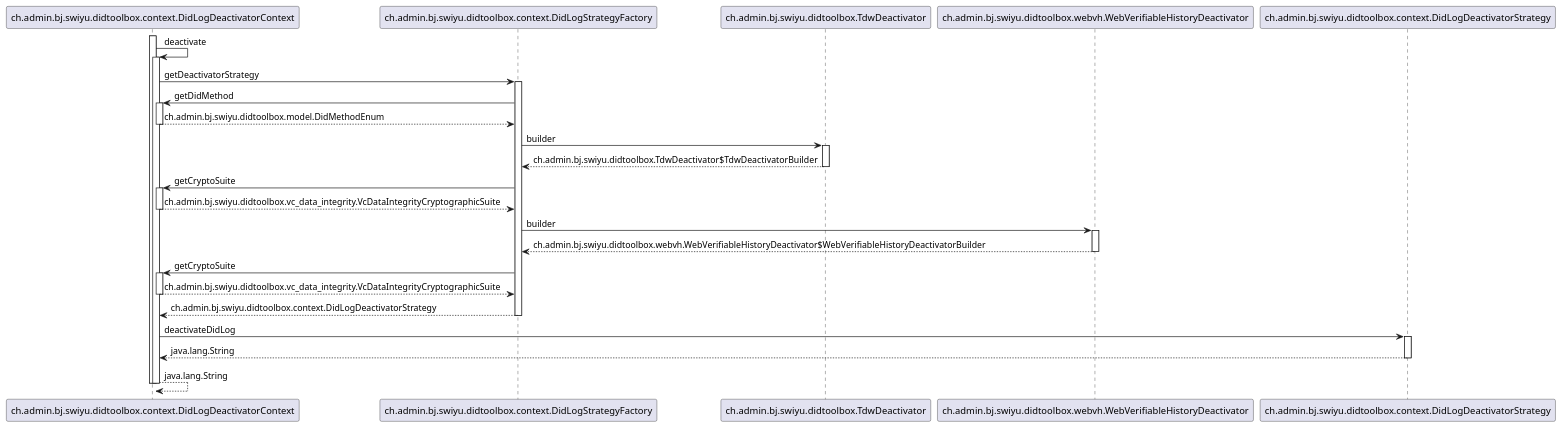
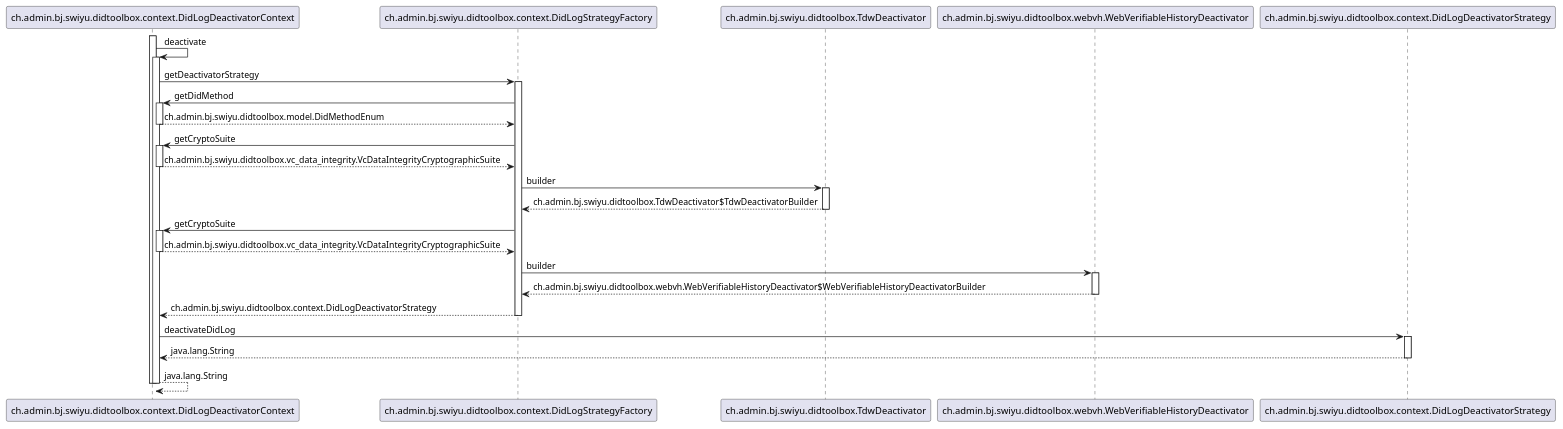
The diagram in src/main/plantuml/DidLogDeactivatorContext-deactivate.puml (swiyu-admin-ch/didtoolbox-java), drawn with PlantUML before and after one commit. The commit also changed other lines of this file and 11 other files, not shown here.

```diff
--- a/src/main/plantuml/DidLogDeactivatorContext-deactivate.puml
+++ b/src/main/plantuml/DidLogDeactivatorContext-deactivate.puml
@@ -2,44 +2,44 @@
 @startuml
 
 participant ch.admin.bj.swiyu.didtoolbox.context.DidLogDeactivatorContext
 participant ch.admin.bj.swiyu.didtoolbox.context.DidLogStrategyFactory
 participant ch.admin.bj.swiyu.didtoolbox.TdwDeactivator
 participant ch.admin.bj.swiyu.didtoolbox.webvh.WebVerifiableHistoryDeactivator
 participant ch.admin.bj.swiyu.didtoolbox.context.DidLogDeactivatorStrategy
 
 activate ch.admin.bj.swiyu.didtoolbox.context.DidLogDeactivatorContext
 	ch.admin.bj.swiyu.didtoolbox.context.DidLogDeactivatorContext -> ch.admin.bj.swiyu.didtoolbox.context.DidLogDeactivatorContext : deactivate
 	activate ch.admin.bj.swiyu.didtoolbox.context.DidLogDeactivatorContext
 		ch.admin.bj.swiyu.didtoolbox.context.DidLogDeactivatorContext -> ch.admin.bj.swiyu.didtoolbox.context.DidLogStrategyFactory : getDeactivatorStrategy
 		activate ch.admin.bj.swiyu.didtoolbox.context.DidLogStrategyFactory
 			ch.admin.bj.swiyu.didtoolbox.context.DidLogStrategyFactory -> ch.admin.bj.swiyu.didtoolbox.context.DidLogDeactivatorContext : getDidMethod
 			activate ch.admin.bj.swiyu.didtoolbox.context.DidLogDeactivatorContext
 				ch.admin.bj.swiyu.didtoolbox.context.DidLogDeactivatorContext --> ch.admin.bj.swiyu.didtoolbox.context.DidLogStrategyFactory : ch.admin.bj.swiyu.didtoolbox.model.DidMethodEnum
 			deactivate ch.admin.bj.swiyu.didtoolbox.context.DidLogDeactivatorContext
+			ch.admin.bj.swiyu.didtoolbox.context.DidLogStrategyFactory -> ch.admin.bj.swiyu.didtoolbox.context.DidLogDeactivatorContext : getCryptoSuite
+			activate ch.admin.bj.swiyu.didtoolbox.context.DidLogDeactivatorContext
+				ch.admin.bj.swiyu.didtoolbox.context.DidLogDeactivatorContext --> ch.admin.bj.swiyu.didtoolbox.context.DidLogStrategyFactory : ch.admin.bj.swiyu.didtoolbox.vc_data_integrity.VcDataIntegrityCryptographicSuite
+			deactivate ch.admin.bj.swiyu.didtoolbox.context.DidLogDeactivatorContext
 			ch.admin.bj.swiyu.didtoolbox.context.DidLogStrategyFactory -> ch.admin.bj.swiyu.didtoolbox.TdwDeactivator : builder
 			activate ch.admin.bj.swiyu.didtoolbox.TdwDeactivator
 				ch.admin.bj.swiyu.didtoolbox.TdwDeactivator --> ch.admin.bj.swiyu.didtoolbox.context.DidLogStrategyFactory : ch.admin.bj.swiyu.didtoolbox.TdwDeactivator$TdwDeactivatorBuilder
 			deactivate ch.admin.bj.swiyu.didtoolbox.TdwDeactivator
 			ch.admin.bj.swiyu.didtoolbox.context.DidLogStrategyFactory -> ch.admin.bj.swiyu.didtoolbox.context.DidLogDeactivatorContext : getCryptoSuite
 			activate ch.admin.bj.swiyu.didtoolbox.context.DidLogDeactivatorContext
 				ch.admin.bj.swiyu.didtoolbox.context.DidLogDeactivatorContext --> ch.admin.bj.swiyu.didtoolbox.context.DidLogStrategyFactory : ch.admin.bj.swiyu.didtoolbox.vc_data_integrity.VcDataIntegrityCryptographicSuite
 			deactivate ch.admin.bj.swiyu.didtoolbox.context.DidLogDeactivatorContext
 			ch.admin.bj.swiyu.didtoolbox.context.DidLogStrategyFactory -> ch.admin.bj.swiyu.didtoolbox.webvh.WebVerifiableHistoryDeactivator : builder
 			activate ch.admin.bj.swiyu.didtoolbox.webvh.WebVerifiableHistoryDeactivator
 				ch.admin.bj.swiyu.didtoolbox.webvh.WebVerifiableHistoryDeactivator --> ch.admin.bj.swiyu.didtoolbox.context.DidLogStrategyFactory : ch.admin.bj.swiyu.didtoolbox.webvh.WebVerifiableHistoryDeactivator$WebVerifiableHistoryDeactivatorBuilder
 			deactivate ch.admin.bj.swiyu.didtoolbox.webvh.WebVerifiableHistoryDeactivator
-			ch.admin.bj.swiyu.didtoolbox.context.DidLogStrategyFactory -> ch.admin.bj.swiyu.didtoolbox.context.DidLogDeactivatorContext : getCryptoSuite
-			activate ch.admin.bj.swiyu.didtoolbox.context.DidLogDeactivatorContext
-				ch.admin.bj.swiyu.didtoolbox.context.DidLogDeactivatorContext --> ch.admin.bj.swiyu.didtoolbox.context.DidLogStrategyFactory : ch.admin.bj.swiyu.didtoolbox.vc_data_integrity.VcDataIntegrityCryptographicSuite
-			deactivate ch.admin.bj.swiyu.didtoolbox.context.DidLogDeactivatorContext
 			ch.admin.bj.swiyu.didtoolbox.context.DidLogStrategyFactory --> ch.admin.bj.swiyu.didtoolbox.context.DidLogDeactivatorContext : ch.admin.bj.swiyu.didtoolbox.context.DidLogDeactivatorStrategy
 		deactivate ch.admin.bj.swiyu.didtoolbox.context.DidLogStrategyFactory
 		ch.admin.bj.swiyu.didtoolbox.context.DidLogDeactivatorContext -> ch.admin.bj.swiyu.didtoolbox.context.DidLogDeactivatorStrategy : deactivateDidLog
 		activate ch.admin.bj.swiyu.didtoolbox.context.DidLogDeactivatorStrategy
 			ch.admin.bj.swiyu.didtoolbox.context.DidLogDeactivatorStrategy --> ch.admin.bj.swiyu.didtoolbox.context.DidLogDeactivatorContext : java.lang.String
 		deactivate ch.admin.bj.swiyu.didtoolbox.context.DidLogDeactivatorStrategy
 		ch.admin.bj.swiyu.didtoolbox.context.DidLogDeactivatorContext --> ch.admin.bj.swiyu.didtoolbox.context.DidLogDeactivatorContext : java.lang.String
 	deactivate ch.admin.bj.swiyu.didtoolbox.context.DidLogDeactivatorContext
 deactivate ch.admin.bj.swiyu.didtoolbox.context.DidLogDeactivatorContext
 
 @enduml
```
